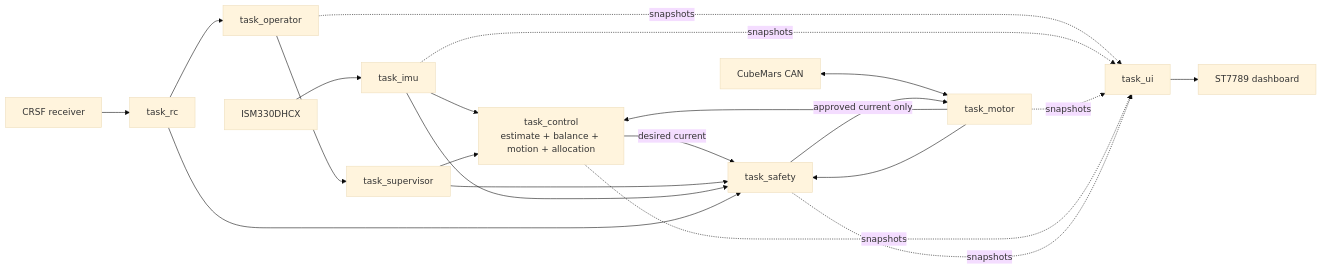
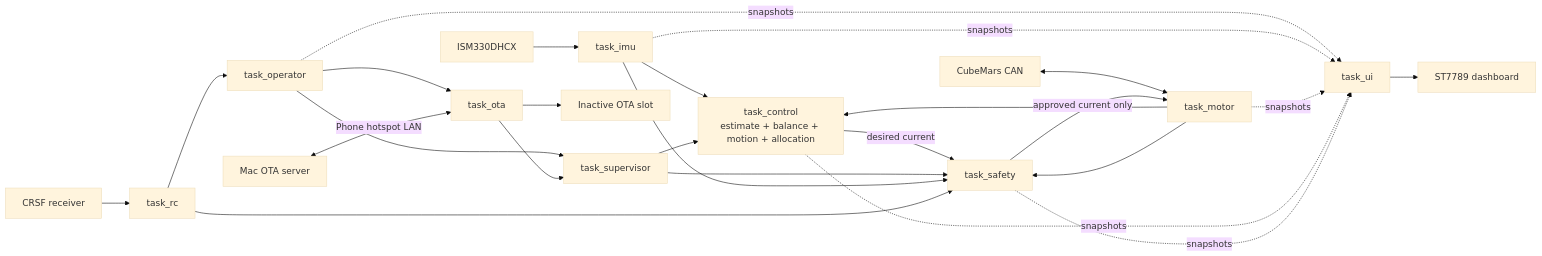
Before and after one commit to ahkar-kyaw/e_me599_Hermes: the first of 2 diagrams in 04_firmware/README.md, drawn with Mermaid (base theme). The commit also changed other lines of this file and 25 other files, not shown here.

````diff
--- a/04_firmware/README.md
+++ b/04_firmware/README.md
@@ -9,26 +9,30 @@
 ```mermaid
 flowchart LR
     RC[CRSF receiver] --> TR[task_rc]
     TR --> TO[task_operator]
     TO --> TS[task_supervisor]
+    TO --> OTA[task_ota]
 
     IMU[ISM330DHCX] --> TI[task_imu]
     CAN[CubeMars CAN] <--> TM[task_motor]
     TI --> TC[task_control<br/>estimate + balance + motion + allocation]
     TM --> TC
     TS --> TC
 
     TC -->|desired current| SAFE[task_safety]
     TS --> SAFE
     TI --> SAFE
     TR --> SAFE
     TM --> SAFE
     SAFE -->|approved current only| TM
+    MAC[Mac OTA server] <-->|Phone hotspot LAN| OTA
+    OTA --> FLASH[Inactive OTA slot]
+    OTA --> TS
 
     TO -. snapshots .-> UI[task_ui]
     TI -. snapshots .-> UI
     TM -. snapshots .-> UI
     TC -. snapshots .-> UI
     SAFE -. snapshots .-> UI
     UI --> LCD[ST7789 dashboard]
 ```
````
